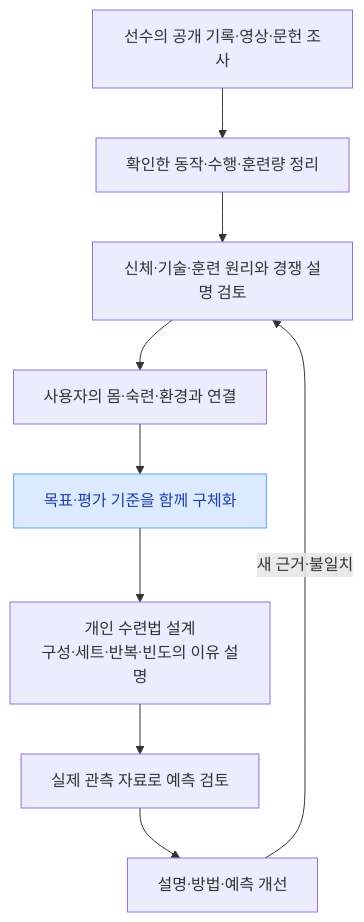
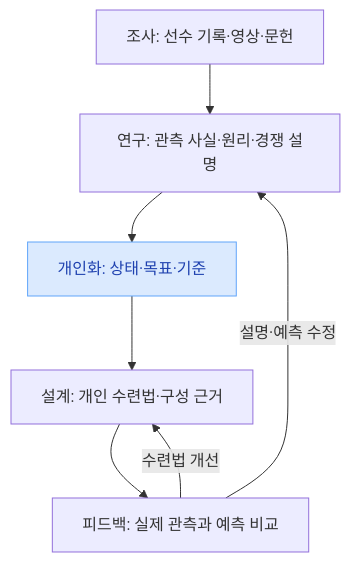
One commit to Rmayana/frontier-research-harness changed the eighth of 8 diagrams in docs/SPECIFICATION.md. Above: the diagram before and after it, drawn with Mermaid. The commit also changed other lines of this file, not shown here.

````diff
--- a/docs/SPECIFICATION.md
+++ b/docs/SPECIFICATION.md
@@ -445,16 +378,14 @@
 ```mermaid
 flowchart TD
-    A["선수의 공개 기록·영상·문헌 조사"]
-    B["확인한 동작·수행·훈련량 정리"]
-    C["신체·기술·훈련 원리와 경쟁 설명 검토"]
-    D["사용자의 몸·숙련·환경과 연결"]
-    E["목표·평가 기준을 함께 구체화"]
-    F["개인 수련법 설계<br/>구성·세트·반복·빈도의 이유 설명"]
-    G["실제 관측 자료로 예측 검토"]
-    H["설명·방법·예측 개선"]
+    A["조사: 선수 기록·영상·문헌"]
+    B["연구: 관측 사실·원리·경쟁 설명"]
+    C["개인화: 상태·목표·기준"]
+    D["설계: 개인 수련법·구성 근거"]
+    E["피드백: 실제 관측과 예측 비교"]
 
-    A --> B --> C --> D --> E --> F --> G --> H
-    H -->|"새 근거·불일치"| C
+    A --> B --> C --> D --> E
+    E -->|"설명·예측 수정"| B
+    E -->|"수련법 개선"| D
 
-    style E fill:#dbeafe,color:#1e40af,stroke:#60a5fa
+    style C fill:#dbeafe,color:#1e40af,stroke:#60a5fa
 ```
````
